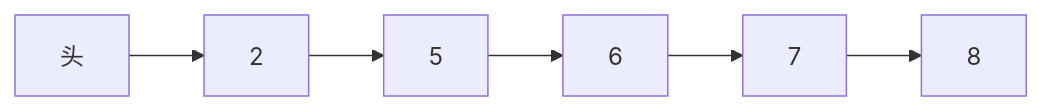
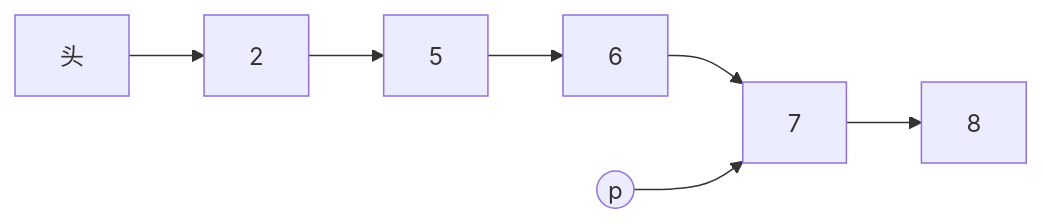
The eighth of 8 diagrams in DataStructure/homework/hw1/hw1.md (Z769018860/Notes), drawn with Mermaid before and after one commit. The commit also changed other lines of this file and 21 other files, not shown here.

````diff
--- a/DataStructure/homework/hw1/hw1.md
+++ b/DataStructure/homework/hw1/hw1.md
@@ -50,8 +169,10 @@
 ```mermaid
 graph LR;
 头-->2
 2-->5
 5-->6
 6-->7
 7-->8
+
+pa((p))-->7
 ```
````
